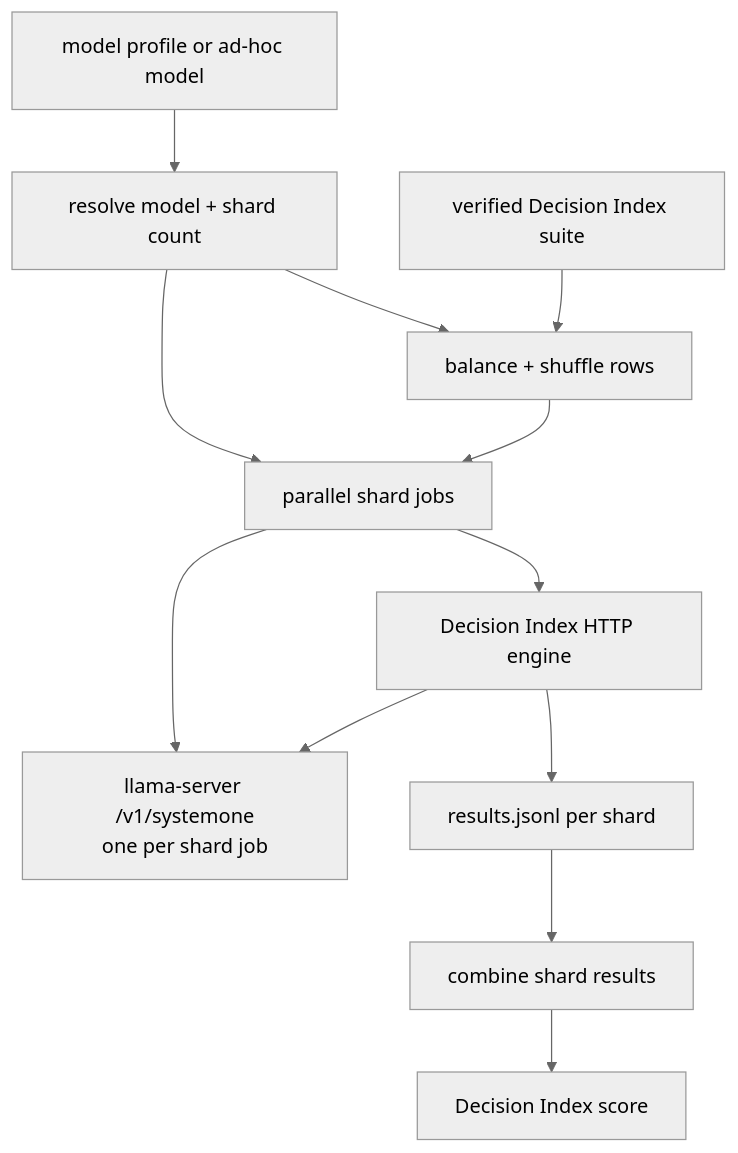
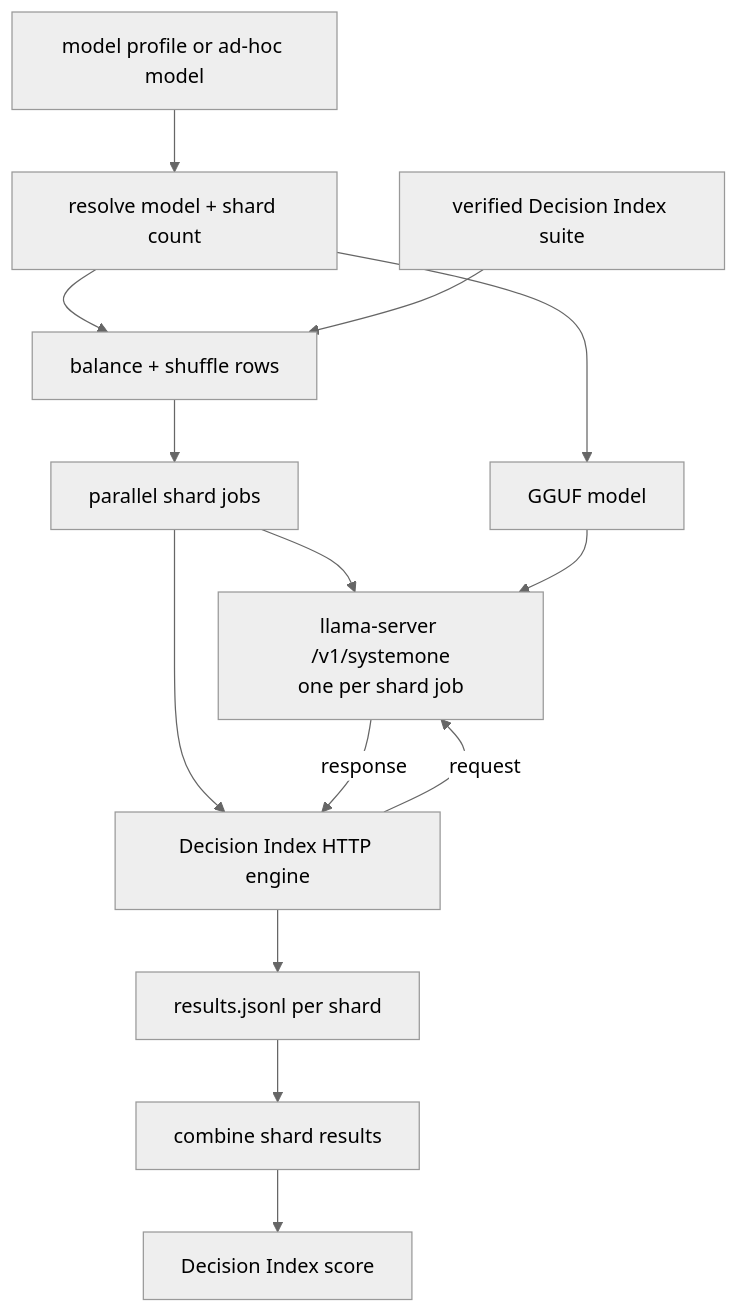
The second of 2 diagrams in .github/PIPELINE.md (datGryphon/systemone-eval), drawn with Mermaid (neutral theme) before and after one commit.

Commit message:
docs: clarify evaluation data flow

````diff
--- a/.github/PIPELINE.md
+++ b/.github/PIPELINE.md
@@ -42,24 +42,31 @@
 ```mermaid
 flowchart TD
     CONFIG[model profile or ad-hoc model]
     PLAN[resolve model + shard count]
     SUITE[verified Decision Index suite]
     SPLIT[balance + shuffle rows]
     JOBS[parallel shard jobs]
+
+    MODEL[GGUF model]
     SERVER[llama-server /v1/systemone<br/>one per shard job]
     ENGINE[Decision Index HTTP engine]
-    SHARD_RESULTS[results.jsonl per shard]
+    RESULTS[results.jsonl per shard]
     COMBINE[combine shard results]
     SCORE[Decision Index score]
 
     CONFIG --> PLAN
+    PLAN --> MODEL
     PLAN --> SPLIT
     SUITE --> SPLIT
-    PLAN --> JOBS
     SPLIT --> JOBS
+
+    JOBS --> ENGINE
     JOBS --> SERVER
-    JOBS --> ENGINE
-    ENGINE --> SERVER
-    ENGINE --> SHARD_RESULTS
-    SHARD_RESULTS --> COMBINE --> SCORE
+    MODEL --> SERVER
+
+    ENGINE -->|request| SERVER
+    SERVER -->|response| ENGINE
+    ENGINE --> RESULTS
+
+    RESULTS --> COMBINE --> SCORE
 ```
````
